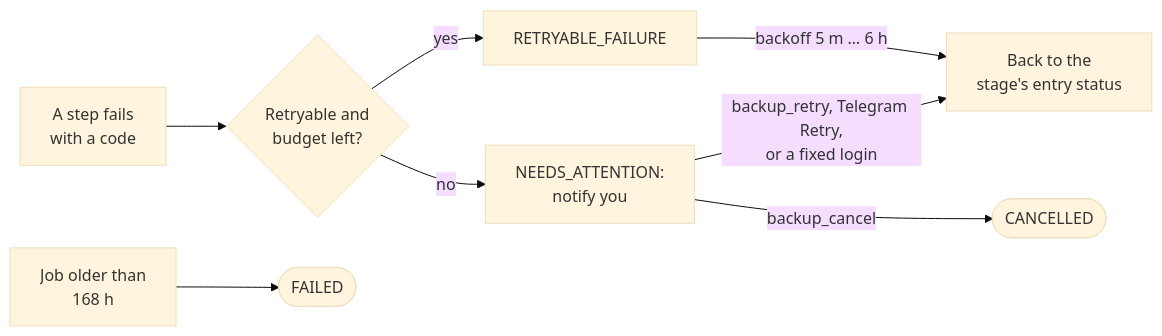
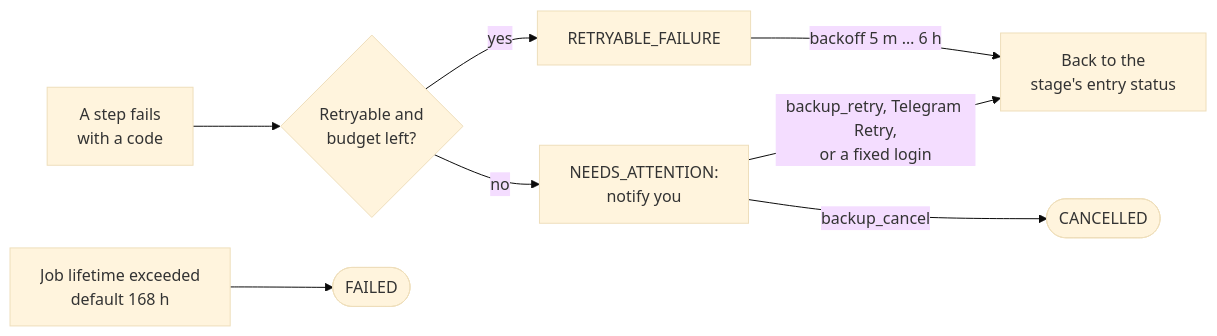
One commit to itemka/nodejs-backend-mastery changed the second of 6 diagrams in workspaces/apps/notion-backup-automation/docs/backup-lifecycle.md. Above: the diagram before and after it, drawn with Mermaid (base theme). The commit also changed other lines of this file and 5 other files, not shown here.

````diff
--- a/workspaces/apps/notion-backup-automation/docs/backup-lifecycle.md
+++ b/workspaces/apps/notion-backup-automation/docs/backup-lifecycle.md
@@ -44,10 +46,10 @@
 ```mermaid
 flowchart LR
   Fail[A step fails<br/>with a code] --> Budget{Retryable and<br/>budget left?}
   Budget -->|yes| Retryable[RETRYABLE_FAILURE]
   Retryable -->|backoff 5 m … 6 h| Resume[Back to the<br/>stage's entry status]
   Budget -->|no| Attention[NEEDS_ATTENTION:<br/>notify you]
   Attention -->|backup_retry, Telegram Retry,<br/>or a fixed login| Resume
   Attention -->|backup_cancel| Cancelled([CANCELLED])
-  Lifetime[Job older than<br/>168 h] --> Failed([FAILED])
+  Lifetime[Job lifetime exceeded<br/>default 168 h] --> Failed([FAILED])
 ```
````
